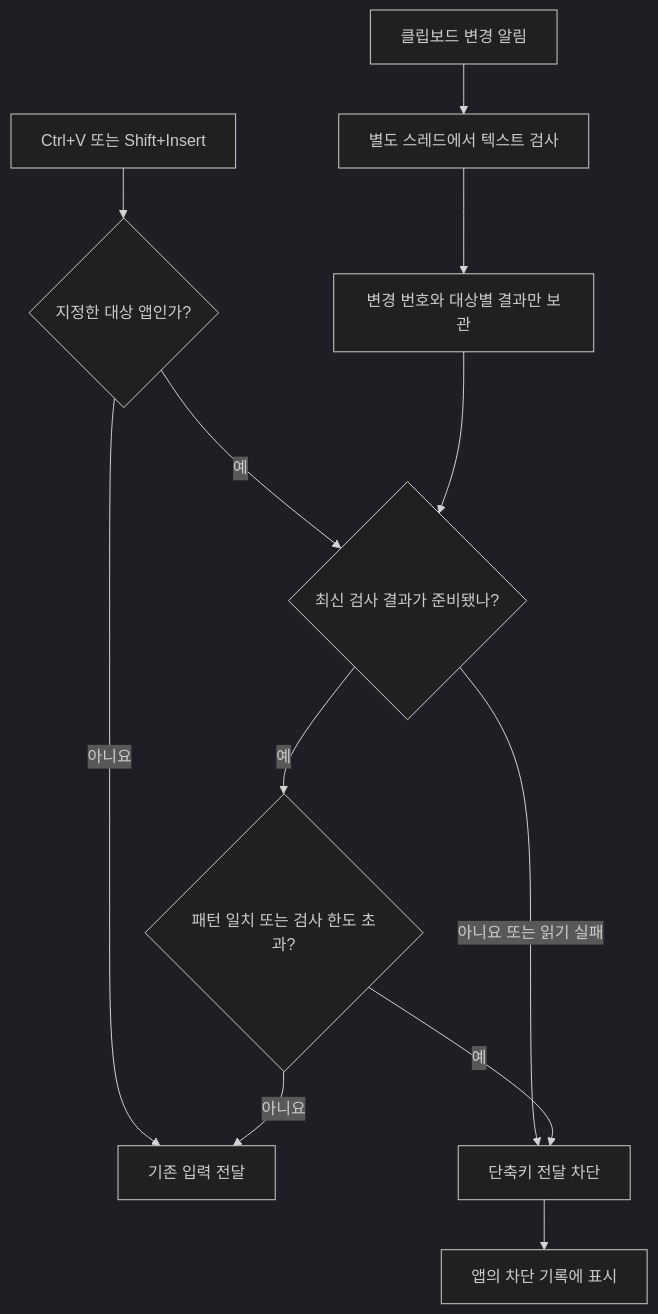
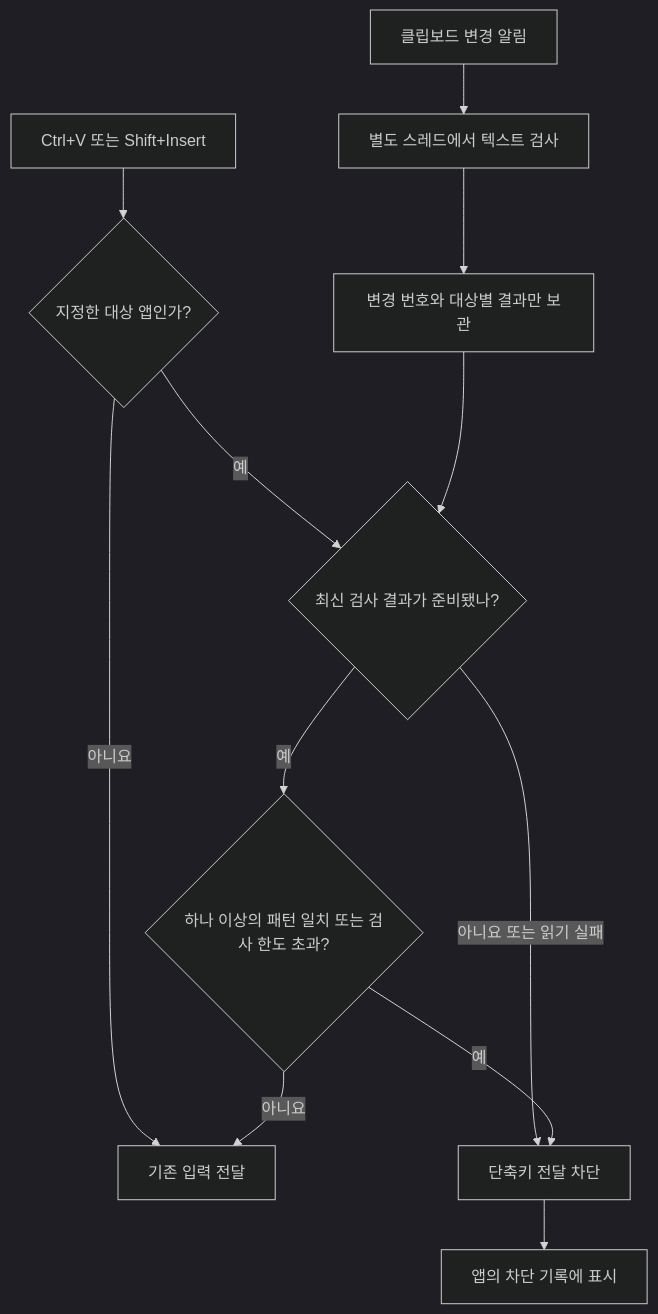
Before and after one commit to kigma00/CreMore-PasteGuard: the first of 2 diagrams in docs/how-it-works.md, drawn with Mermaid (dark theme). The commit also changed other lines of this file and 19 other files, not shown here.

````diff
--- a/docs/how-it-works.md
+++ b/docs/how-it-works.md
@@ -22,14 +24,14 @@
 ```mermaid
 flowchart TD
     A[클립보드 변경 알림] --> B[별도 스레드에서 텍스트 검사]
     B --> C[변경 번호와 대상별 결과만 보관]
     D[Ctrl+V 또는 Shift+Insert] --> E{지정한 대상 앱인가?}
     E -->|아니요| F[기존 입력 전달]
     E -->|예| G{최신 검사 결과가 준비됐나?}
     C --> G
     G -->|아니요 또는 읽기 실패| H[단축키 전달 차단]
-    G -->|예| I{패턴 일치 또는 검사 한도 초과?}
+    G -->|예| I{하나 이상의 패턴 일치 또는 검사 한도 초과?}
     I -->|예| H
     I -->|아니요| F
     H --> J[앱의 차단 기록에 표시]
 ```
````
